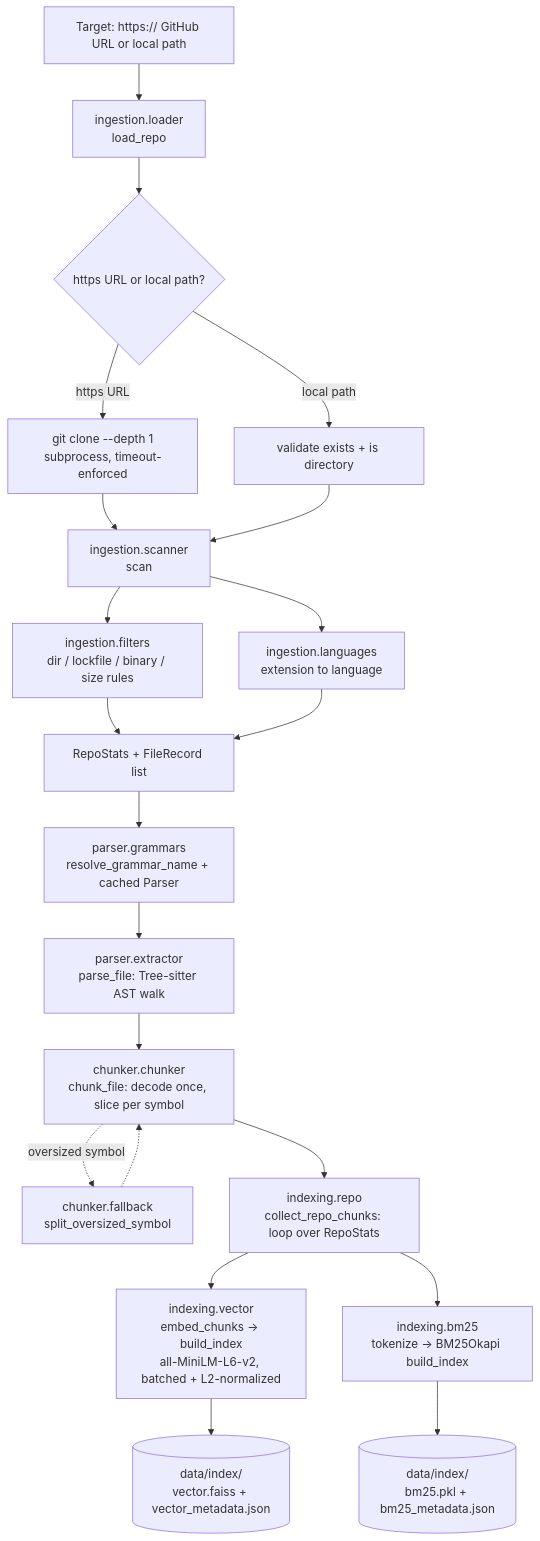
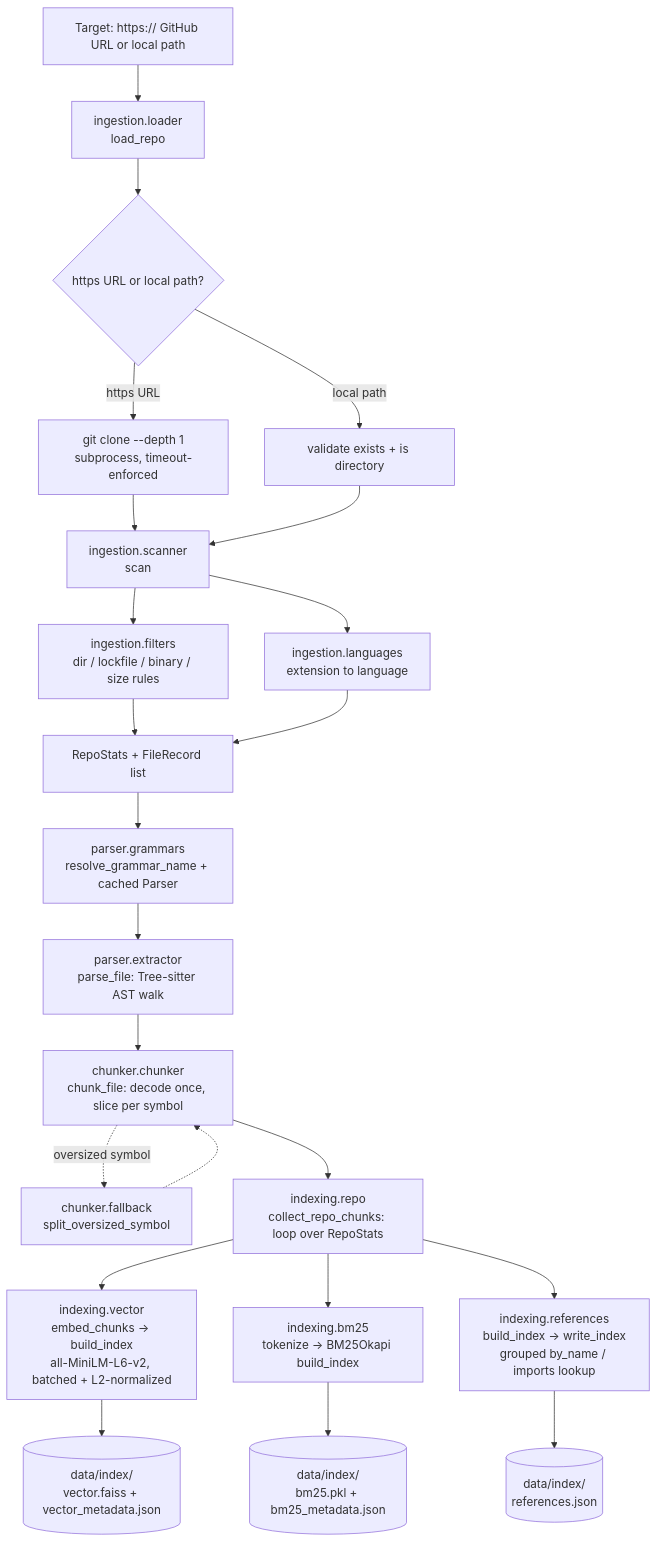
Before and after one commit to AyushShanu/CodeBase-MCP-Server: the second of 6 diagrams in FLOW.md, drawn with Mermaid. The commit also changed other lines of this file and 21 other files, not shown here.

````diff
--- a/FLOW.md
+++ b/FLOW.md
@@ -120,23 +141,25 @@
 ```mermaid
 flowchart TD
     A[Target: https:// GitHub URL or local path] --> B1[ingestion.loader<br/>load_repo]
     B1 --> B2{https URL or local path?}
     B2 -->|https URL| B3[git clone --depth 1<br/>subprocess, timeout-enforced]
     B2 -->|local path| B4[validate exists + is directory]
     B3 --> B5[ingestion.scanner<br/>scan]
     B4 --> B5
     B5 --> B6[ingestion.filters<br/>dir / lockfile / binary / size rules]
     B5 --> B7[ingestion.languages<br/>extension to language]
     B6 --> B8[RepoStats + FileRecord list]
     B7 --> B8
     B8 --> C1[parser.grammars<br/>resolve_grammar_name + cached Parser]
     C1 --> C2[parser.extractor<br/>parse_file: Tree-sitter AST walk]
     C2 --> D1[chunker.chunker<br/>chunk_file: decode once, slice per symbol]
     D1 -.oversized symbol.-> D2[chunker.fallback<br/>split_oversized_symbol]
     D2 -.-> D1
     D1 --> D3[indexing.repo<br/>collect_repo_chunks: loop over RepoStats]
     D3 --> E[indexing.vector<br/>embed_chunks -> build_index<br/>all-MiniLM-L6-v2, batched + L2-normalized]
     D3 --> F[indexing.bm25<br/>tokenize -> BM25Okapi build_index]
+    D3 --> I[indexing.references<br/>build_index -> write_index<br/>grouped by_name / imports lookup]
     E --> G[("data/index/<br/>vector.faiss + vector_metadata.json")]
     F --> H[("data/index/<br/>bm25.pkl + bm25_metadata.json")]
+    I --> J[("data/index/<br/>references.json")]
 ```
````
